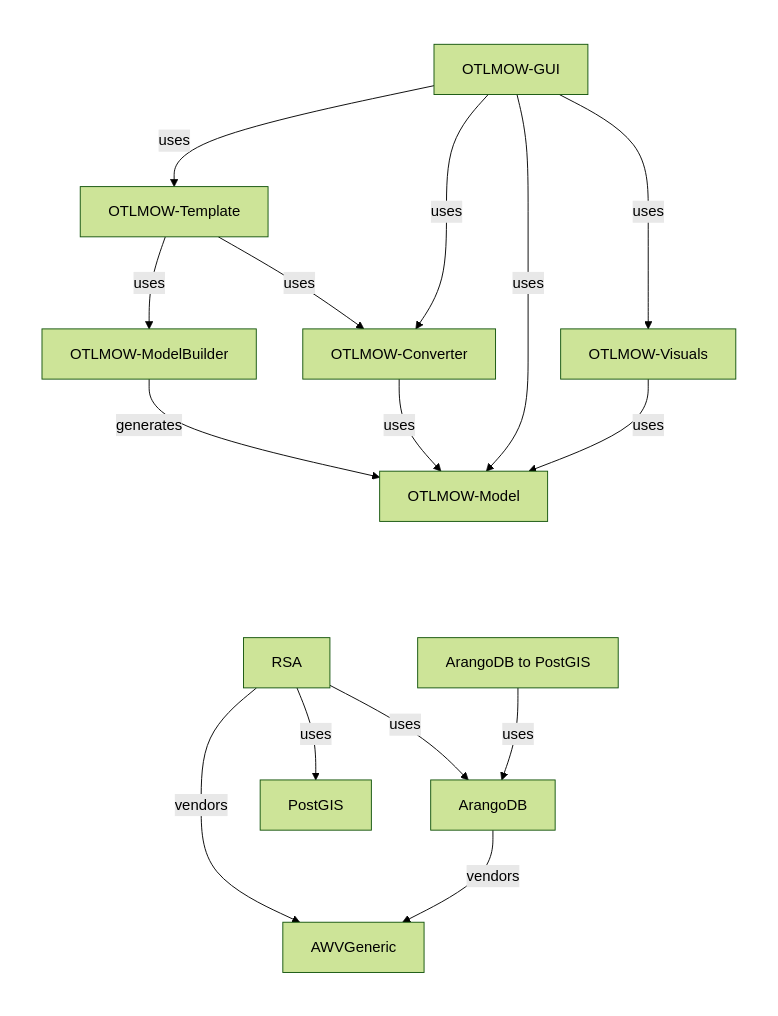
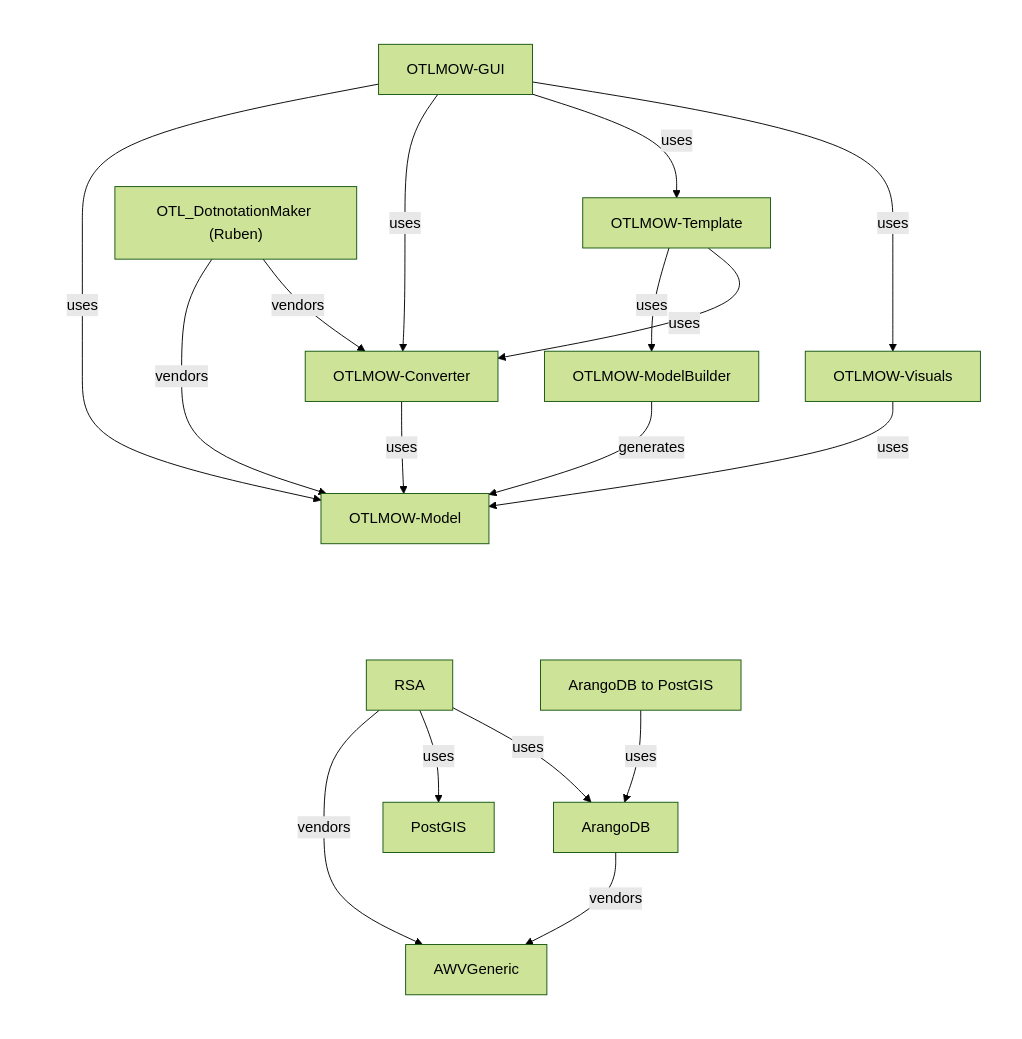
Before and after one commit to davidvlaminck/Home: the diagram in repos.mmd, drawn with Mermaid (forest theme). The commit also changed 1 other file, not shown here.

```diff
--- a/repos.mmd
+++ b/repos.mmd
@@ -1,34 +1,37 @@
 flowchart LR
     subgraph cluster_0 [ ]
         awv_generic["AWVGeneric"]
         rsa["RSA"]
         arango_db["ArangoDB"]
         postgis["PostGIS"]
         arango_db_to_postgis["ArangoDB to PostGIS"]
     end
     subgraph cluster_1 [ ]
         model["OTLMOW-Model"]
         modelbuilder["OTLMOW-ModelBuilder"]
         visuals["OTLMOW-Visuals"]
+        converter["OTLMOW-Converter"]
+        otl_dotnotation_maker["OTL_DotnotationMaker (Ruben)"]
         otl-wizard["OTLMOW-GUI"]
-        converter["OTLMOW-Converter"]
         template["OTLMOW-Template"]
     end
 
     classDef plain fill:none,stroke:none;
     class cluster_0,cluster_1 plain;
 
     rsa -->|vendors| awv_generic
     rsa -->|uses| arango_db
     rsa -->|uses| postgis
     arango_db -->|vendors| awv_generic
     arango_db_to_postgis -->|uses| arango_db
     modelbuilder -->|generates| model
     converter -->|uses| model
     template -->|uses| modelbuilder
     template -->|uses| converter
     otl-wizard -->|uses| model
     otl-wizard -->|uses| converter
     otl-wizard -->|uses| template
     otl-wizard -->|uses| visuals
     visuals -->|uses| model
+    otl_dotnotation_maker -->|vendors| model
+    otl_dotnotation_maker -->|vendors| converter
```
